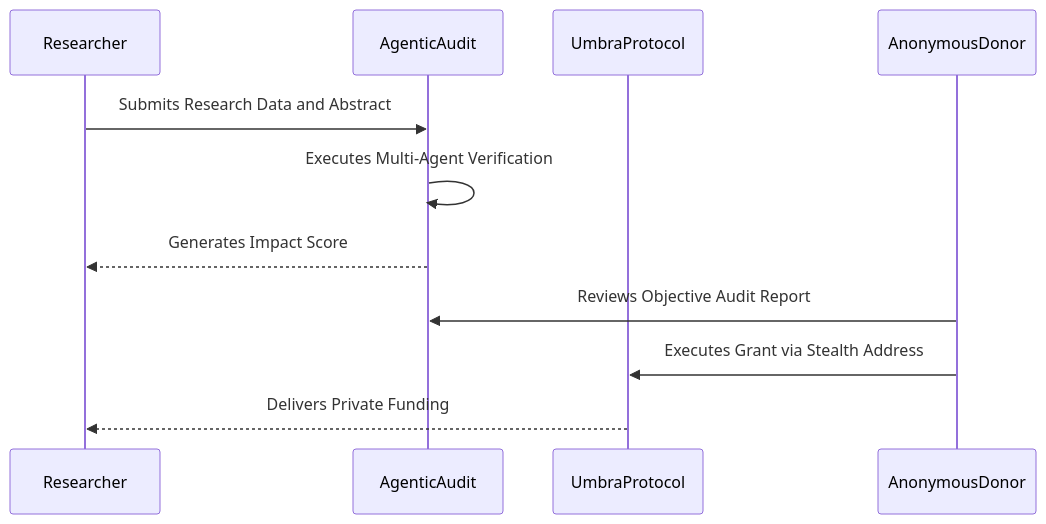
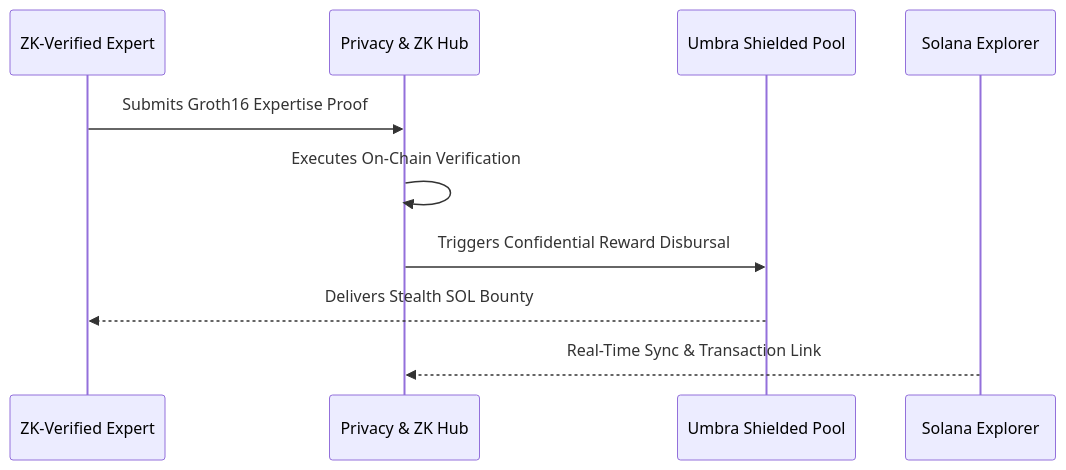
One commit to Joseph-hackathon/Biotry changed the diagram in README.md. Above: the diagram before and after it, drawn with Mermaid. The commit also changed other lines of this file and 18 other files, not shown here.

Commit message:
feat: Confidential Expertise Economy, ZK-Privacy Hub, and Real-time Tracking

````diff
--- a/README.md
+++ b/README.md
@@ -40,14 +38,13 @@
 ```mermaid
 sequenceDiagram
-    participant Researcher
-    participant AgenticAudit
-    participant UmbraProtocol
-    participant AnonymousDonor
+    participant Expert as ZK-Verified Expert
+    participant Hub as Privacy & ZK Hub
+    participant Pool as Umbra Shielded Pool
+    participant Explorer as Solana Explorer
 
-    Researcher->>AgenticAudit: Submits Research Data and Abstract
-    AgenticAudit->>AgenticAudit: Executes Multi-Agent Verification
-    AgenticAudit-->>Researcher: Generates Impact Score
-    AnonymousDonor->>AgenticAudit: Reviews Objective Audit Report
-    AnonymousDonor->>UmbraProtocol: Executes Grant via Stealth Address
-    UmbraProtocol-->>Researcher: Delivers Private Funding
+    Expert->>Hub: Submits Groth16 Expertise Proof
+    Hub->>Hub: Executes On-Chain Verification
+    Hub->>Pool: Triggers Confidential Reward Disbursal
+    Pool-->>Expert: Delivers Stealth SOL Bounty
+    Explorer-->>Hub: Real-Time Sync & Transaction Link
 ```
````
